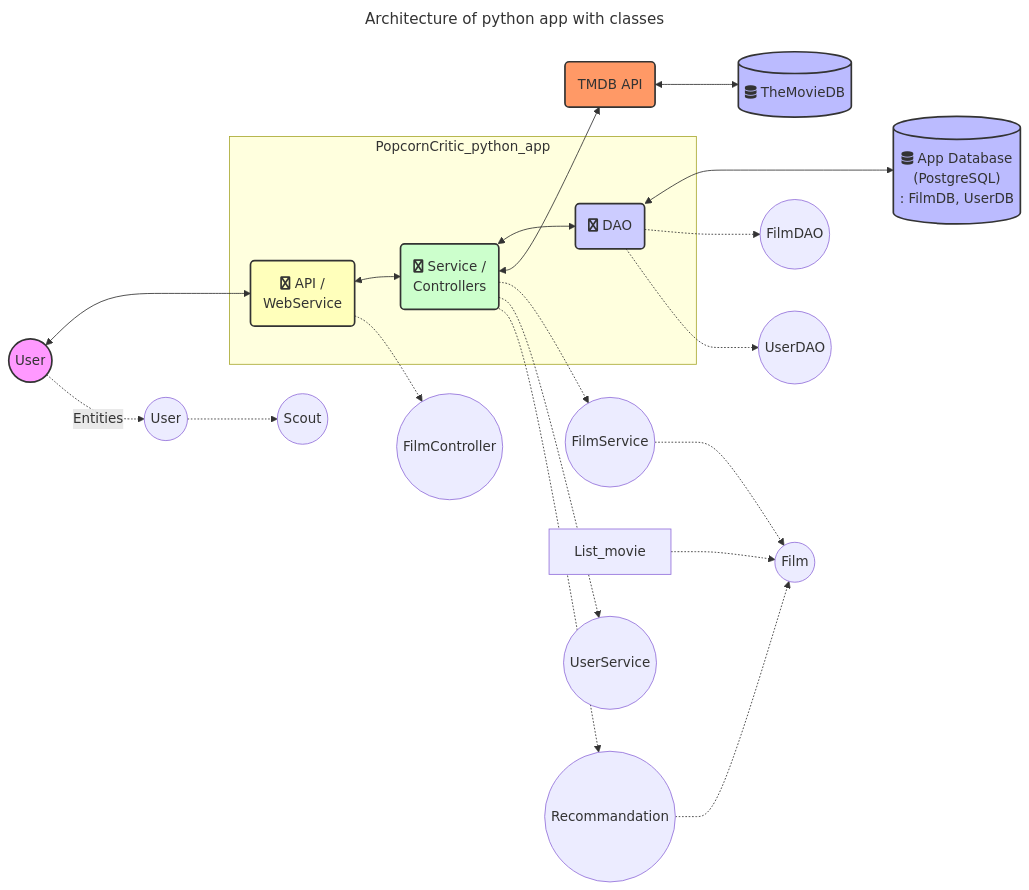
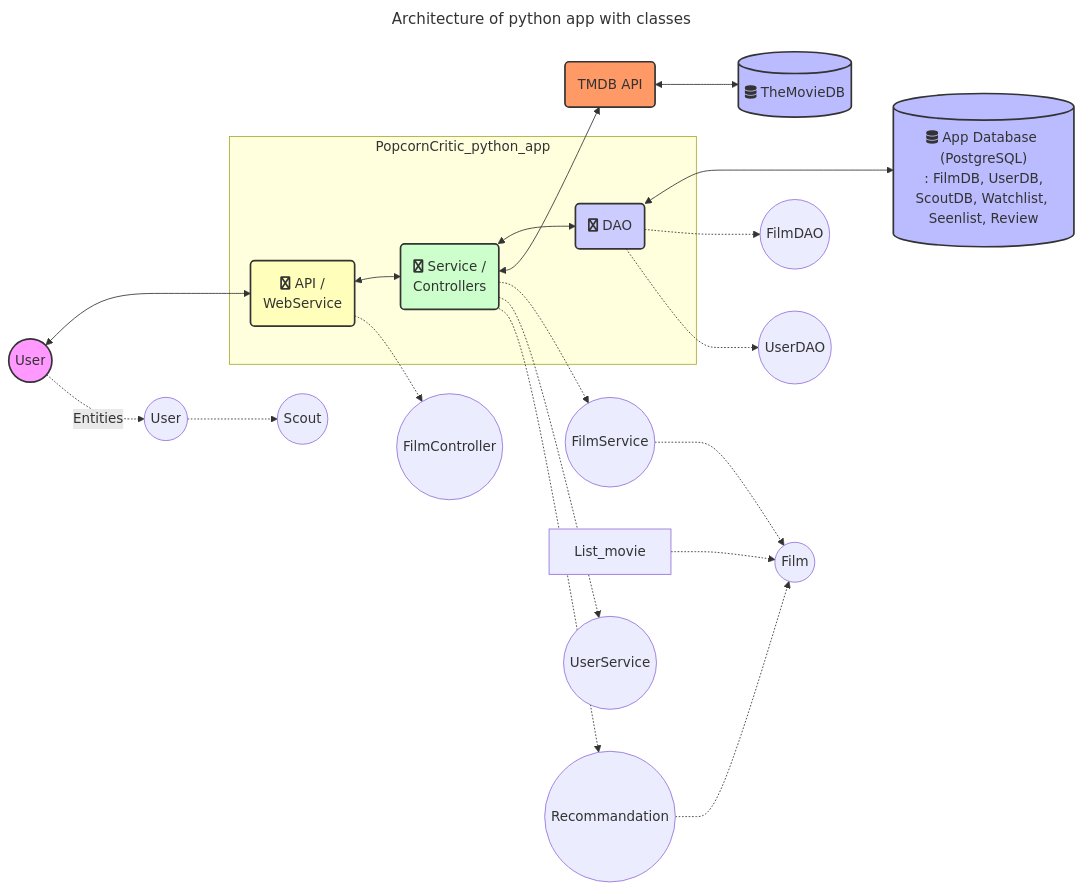
Before and after one commit to melanielacour/Projet2A_Template: the diagram in src/ARCHITECTURE.md, drawn with Mermaid.

````diff
--- a/src/ARCHITECTURE.md
+++ b/src/ARCHITECTURE.md
@@ -3,51 +3,51 @@
 ```mermaid
 ---
 title: Architecture of python app with classes
 ---
 graph LR
     USR((User)):::entity
-    DB[("fa:fa-database App Database \n (PostgreSQL) \n : FilmDB, UserDB")]:::database
+    DB[("fa:fa-database App Database \n (PostgreSQL) \n : FilmDB, UserDB, ScoutDB, Watchlist, Seenlist, Review")]:::database
     API(fa:fa-python API / \n WebService):::controller
     DAO(fa:fa-python DAO):::dao
     SVC(fa:fa-python Service / \n Controllers):::service
     MDB[(fa:fa-database TheMovieDB)]:::database
     MDBAPI(TMDB API):::external
 
     USR<--->API
     subgraph PopcornCritic_python_app
         API<-->SVC<-->DAO
     end
     DAO<--->DB
     MDBAPI <--> MDB
     SVC <--> MDBAPI
 
     %% Insertion of the corresponding classes
     classDef entity fill:#f9f,stroke:#333,stroke-width:2px;
     classDef database fill:#bbf,stroke:#333,stroke-width:2px;
     classDef controller fill:#ffb,stroke:#333,stroke-width:2px;
     classDef dao fill:#ccf,stroke:#333,stroke-width:2px;
     classDef service fill:#cfc,stroke:#333,stroke-width:2px;
     classDef external fill:#f96,stroke:#333,stroke-width:2px;
 
     %% User, Scout, List_movie, Liste_user (Entities)
     USR-.->|Entities|User((User))
     User-.->Scout((Scout))
 
     %% FilmService, UserService, Recommandation (Services)
     SVC-.->FilmService((FilmService))
     SVC-.->UserService((UserService))
     SVC-.->Recommandation((Recommandation))
 
     %% FilmDAO, UserDAO (DAOs)
     DAO-.->FilmDAO((FilmDAO))
     DAO-.->UserDAO((UserDAO))
 
     %% FilmController (API)
     API-.->FilmController((FilmController))
 
     %% Film (Data entity)
     List_movie-.->Film((Film))
     Recommandation-.->Film
     FilmService-.->Film
 
 ```
````
